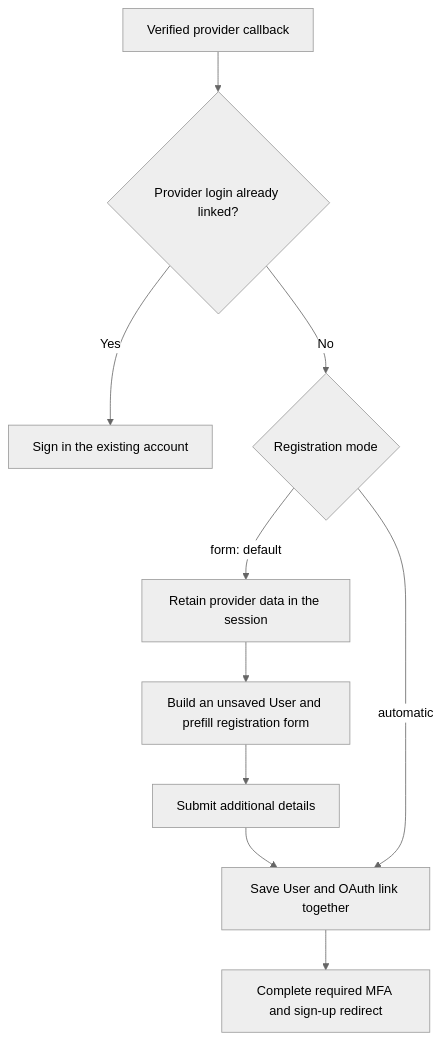
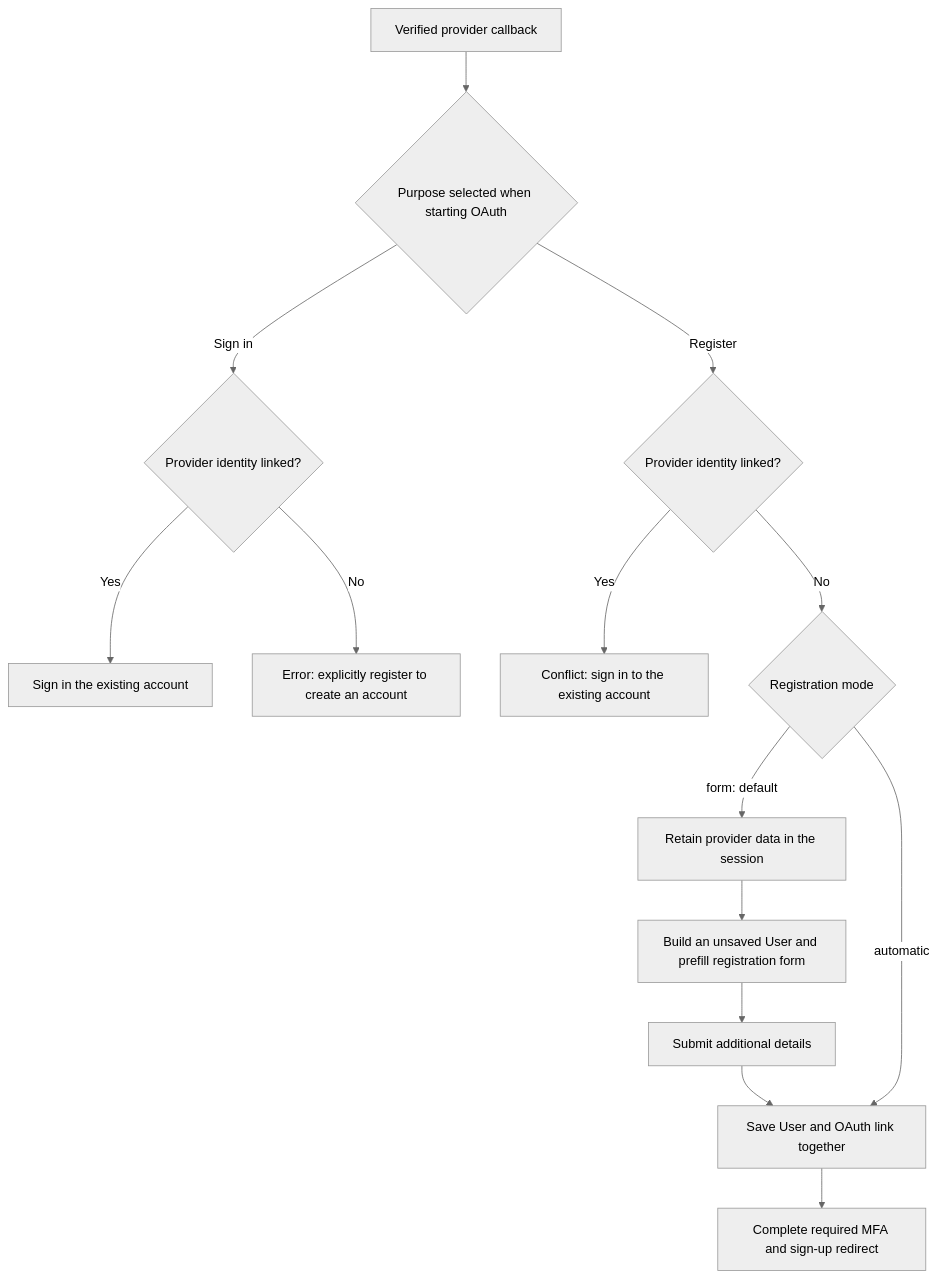
The diagram in docs/oauth.md (NicolasJJensen/rails_vouch), drawn with Mermaid (neutral theme) before and after one commit. The commit also changed other lines of this file and 17 other files, not shown here.

Commit message:
Bind OAuth callbacks to explicit purpose and initiating account

````diff
--- a/docs/oauth.md
+++ b/docs/oauth.md
@@ -85,12 +96,16 @@
 ```mermaid
 flowchart TD
-  A[Verified provider callback] --> B{Provider login already linked?}
-  B -->|Yes| C[Sign in the existing account]
+  A[Verified provider callback] --> P{Purpose selected when starting OAuth}
+  P -->|Sign in| S{Provider identity linked?}
+  S -->|Yes| C[Sign in the existing account]
+  S -->|No| X[Error: explicitly register to create an account]
+  P -->|Register| B{Provider identity linked?}
+  B -->|Yes| Y[Conflict: sign in to the existing account]
   B -->|No| D{Registration mode}
   D -->|form: default| E[Retain provider data in the session]
   E --> F[Build an unsaved User and prefill registration form]
   F --> G[Submit additional details]
   G --> H[Save User and OAuth link together]
   D -->|automatic| H
   H --> I[Complete required MFA and sign-up redirect]
 ```
````
